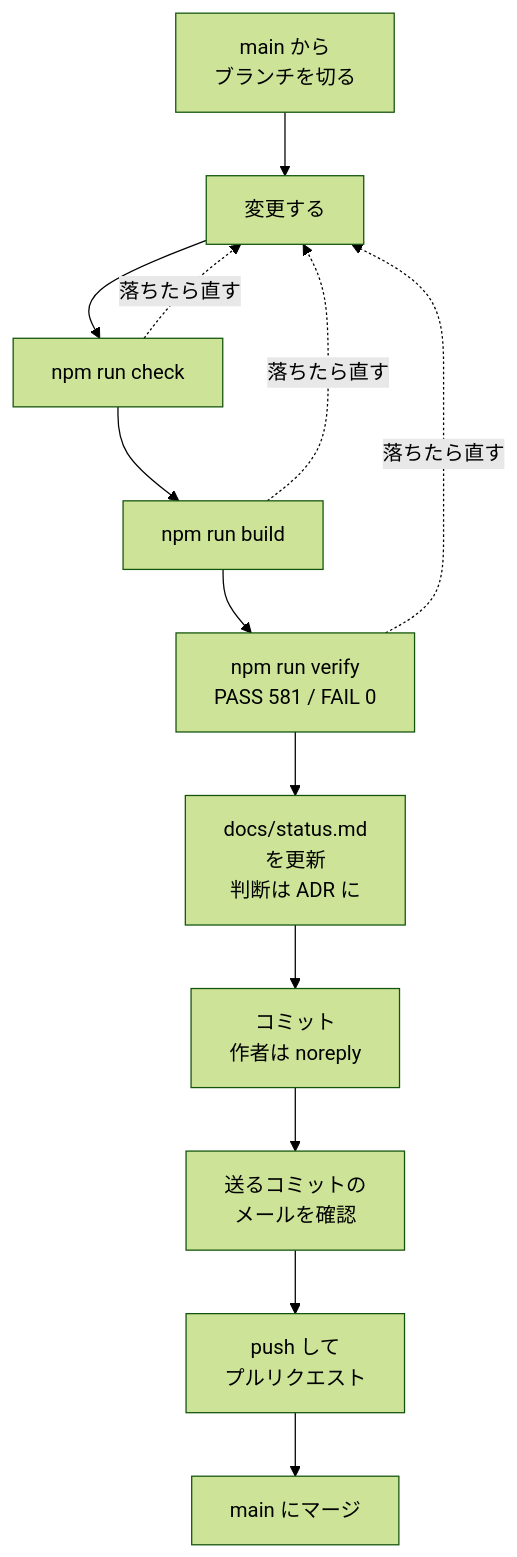
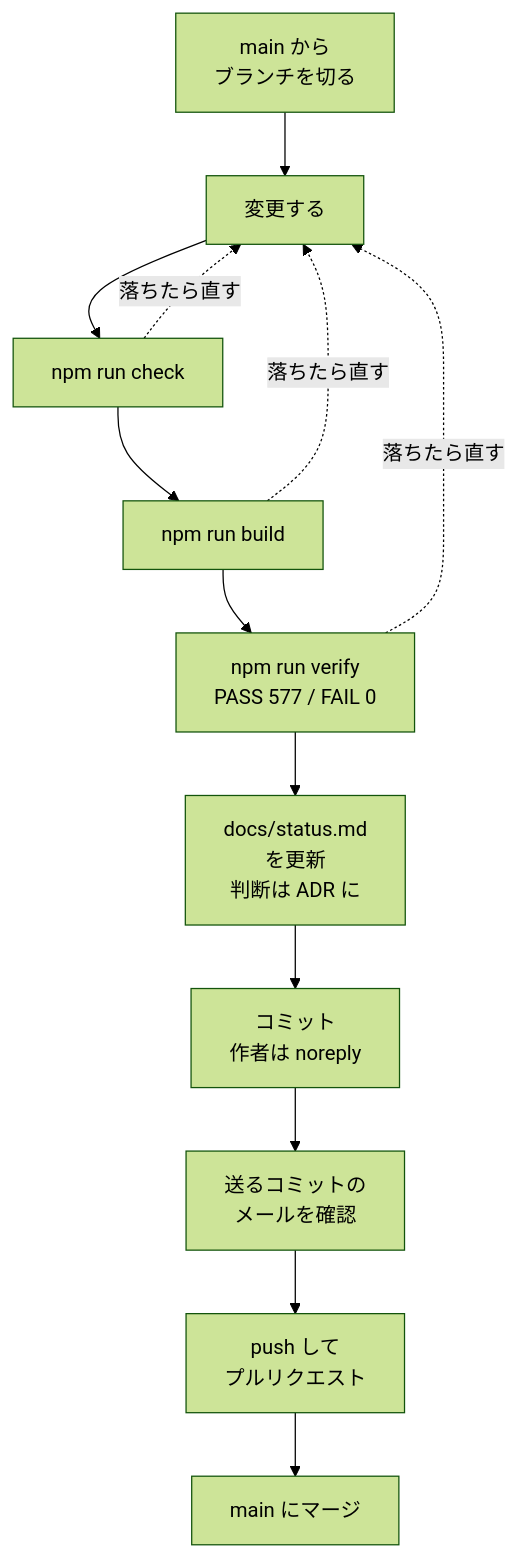
One commit to bright-broom/tsumugi changed the sixth of 8 diagrams in README.md. Above: the diagram before and after it, drawn with Mermaid (forest theme). The commit also changed other lines of this file and 114 other files, not shown here.

````diff
--- a/README.md
+++ b/README.md
@@ -200,15 +200,15 @@
 ```mermaid
 flowchart TD
   branch["main から<br/>ブランチを切る"] --> change["変更する"]
   change --> check["npm run check"]
   check --> build["npm run build"]
-  build --> verify["npm run verify<br/>PASS 581 / FAIL 0"]
+  build --> verify["npm run verify<br/>PASS 577 / FAIL 0"]
   verify --> record["docs/status.md<br/>を更新<br/>判断は ADR に"]
   record --> commit["コミット<br/>作者は noreply"]
   commit --> mail["送るコミットの<br/>メールを確認"]
   mail --> pr["push して<br/>プルリクエスト"]
   pr --> main["main にマージ"]
   check -.->|落ちたら直す| change
   build -.->|落ちたら直す| change
   verify -.->|落ちたら直す| change
 ```
````
